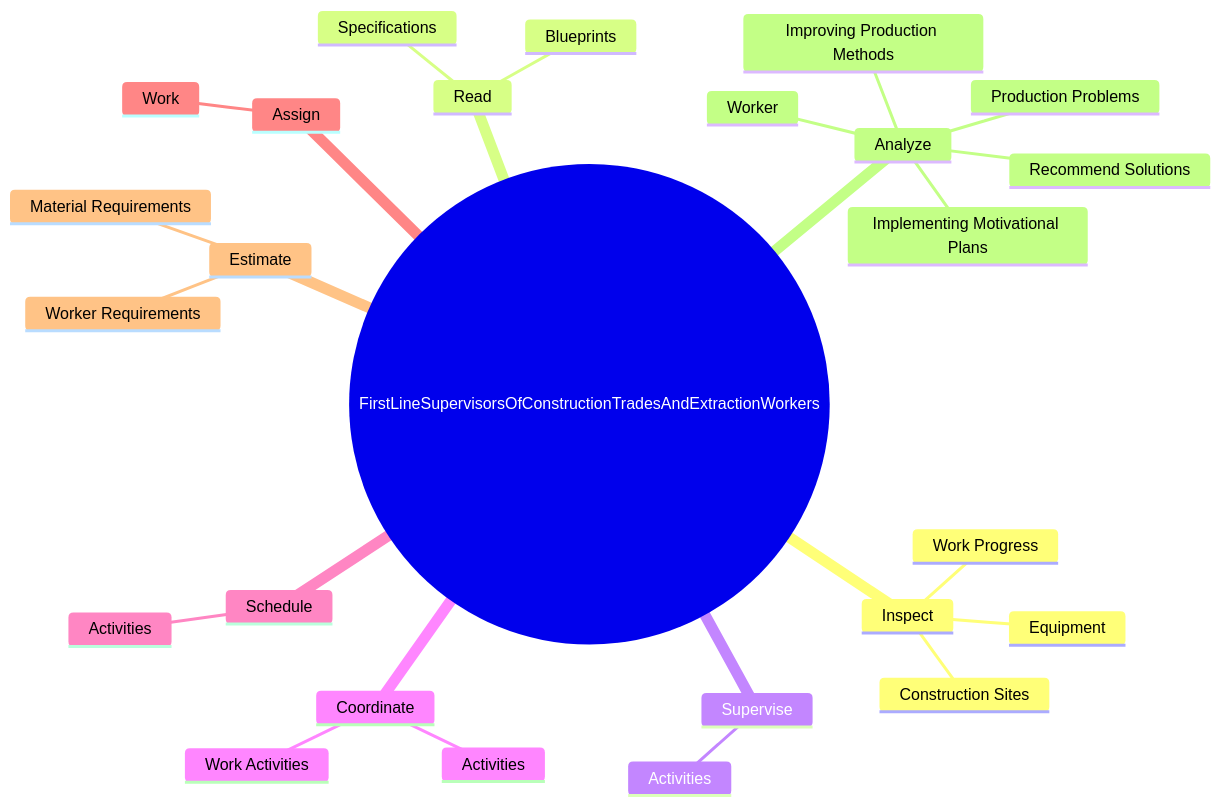
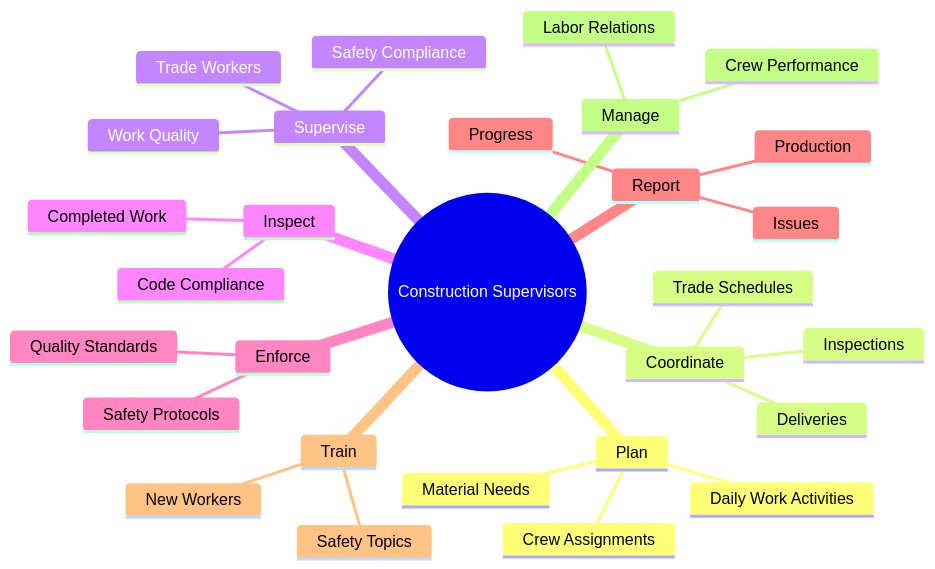
Before and after one commit to kziemski/business.org.ai: the second of 4 diagrams in occupations/Construction/FirstLineSupervisorsOfConstructionTradesAndExtractionWorkers.mdx, drawn with Mermaid. The commit also changed other lines of this file and 938 other files, not shown here.

````diff
--- a/occupations/Construction/FirstLineSupervisorsOfConstructionTradesAndExtractionWorkers.mdx
+++ b/occupations/Construction/FirstLineSupervisorsOfConstructionTradesAndExtractionWorkers.mdx
@@ -38,29 +46,32 @@
 ```mermaid
 mindmap
-    root(("FirstLineSupervisorsOfConstructionTradesAndExtractionWorkers"))
+    root(("Construction Supervisors"))
+        Plan
+            Daily Work Activities
+            Crew Assignments
+            Material Needs
+        Coordinate
+            Trade Schedules
+            Inspections
+            Deliveries
+        Supervise
+            Trade Workers
+            Work Quality
+            Safety Compliance
         Inspect
-            Work Progress
-            Equipment
-            Construction Sites
-        Read
-            Specifications
-            Blueprints
-        Supervise
-            Activities
-        Coordinate
-            Activities
-            Work Activities
-        Schedule
-            Activities
-        Assign
-            Work
-        Estimate
-            Material Requirements
-            Worker Requirements
-        Analyze
-            Worker
-            Production Problems
-            Recommend Solutions
-            Improving Production Methods
-            Implementing Motivational Plans
+            Completed Work
+            Code Compliance
+        Enforce
+            Safety Protocols
+            Quality Standards
+        Report
+            Progress
+            Issues
+            Production
+        Train
+            New Workers
+            Safety Topics
+        Manage
+            Crew Performance
+            Labor Relations
 ```
````
